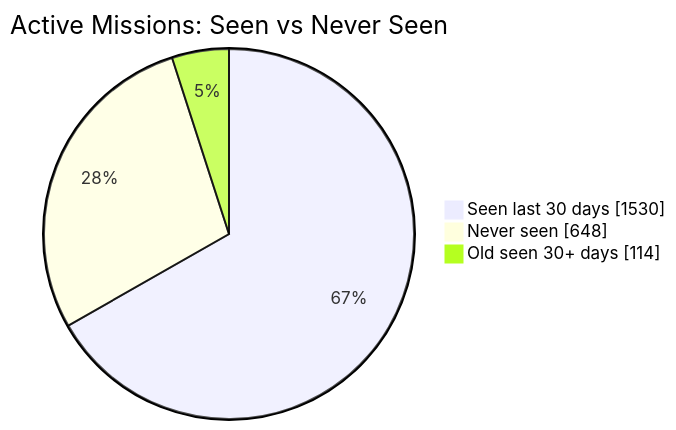
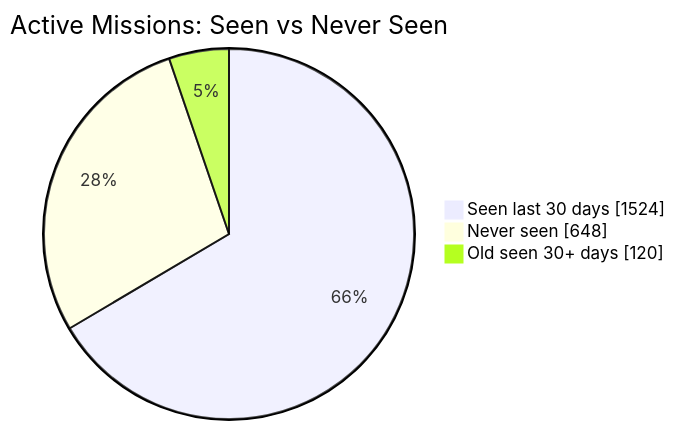
Before and after one commit to MeldkamerspelGameTeam/active-missions: the first of 2 diagrams in README.md, drawn with Mermaid. The commit also changed other lines of this file and 2 other files, not shown here.

````diff
--- a/README.md
+++ b/README.md
@@ -34,7 +34,7 @@
 ```mermaid
 pie showData
     title Active Missions: Seen vs Never Seen
-    "Seen last 30 days" : 1530
+    "Seen last 30 days" : 1524
     "Never seen" : 648
-    "Old seen 30+ days" : 114
+    "Old seen 30+ days" : 120
 ```
````
